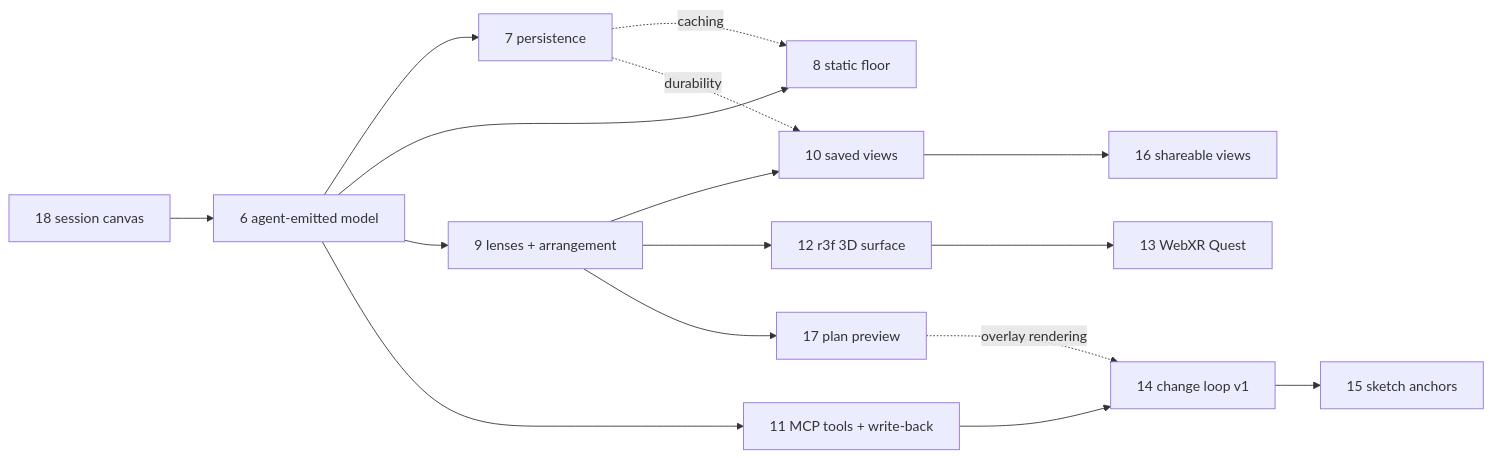
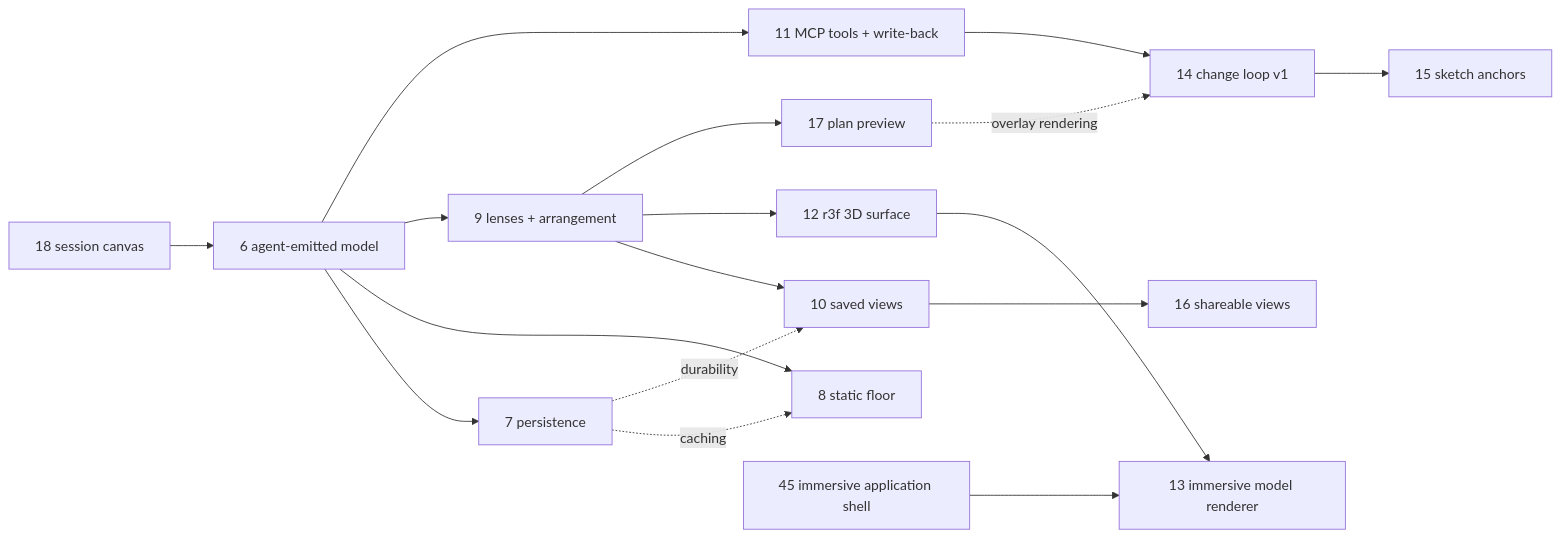
One commit to dmitry-yudakov/code-vis changed the diagram in stories/EPIC-20260705-north-star-roadmap.md. Above: the diagram before and after it, drawn with Mermaid. The commit also changed other lines of this file and 17 other files, not shown here.

````diff
--- a/stories/EPIC-20260705-north-star-roadmap.md
+++ b/stories/EPIC-20260705-north-star-roadmap.md
@@ -116,18 +116,19 @@
 ```mermaid
 graph LR
   S18[18 session canvas] --> S6[6 agent-emitted model]
   S6 --> S7[7 persistence]
   S6 --> S8[8 static floor]
   S6 --> S9[9 lenses + arrangement]
   S6 --> S11[11 MCP tools + write-back]
   S7 -.caching.-> S8
   S7 -.durability.-> S10[10 saved views]
   S9 --> S10
   S9 --> S12[12 r3f 3D surface]
   S9 --> S17[17 plan preview]
-  S12 --> S13[13 WebXR Quest]
+  S12 --> S13[13 immersive model renderer]
+  S45[45 immersive application shell] --> S13
   S11 --> S14[14 change loop v1]
   S17 -.overlay rendering.-> S14
   S14 --> S15[15 sketch anchors]
   S10 --> S16[16 shareable views]
 ```
````
